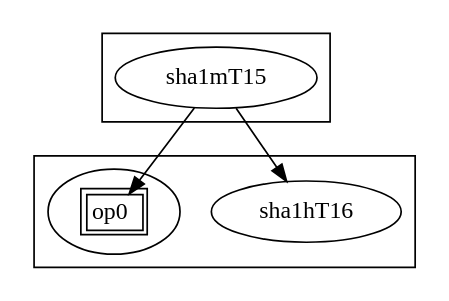
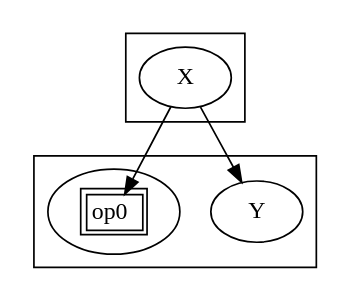
Before and after one commit to jevinskie/AArch64-SHA-Crypto-Extensions: the diagram in crash-pipeline-hand-v2.dot, drawn with Graphviz. The commit also changed 1 other file, not shown here.

```diff
--- a/crash-pipeline-hand-v2.dot
+++ b/crash-pipeline-hand-v2.dot
@@ -1,16 +1,16 @@
 digraph g {
 	subgraph cluster_x
 	{
-		sha1mT15
+		X
 	}
 	subgraph cluster_y
 	{
-		sha1hT16
-		sha1pT16
+		Y
+		Z
 			[
 				label=<<table><tr><td port="op0">op0</td></tr></table>>
 			]
 	}
-	sha1mT15 -> sha1hT16
-	sha1mT15 -> sha1pT16:op0
+	X -> Y
+	X -> Z:op0
 }
```
